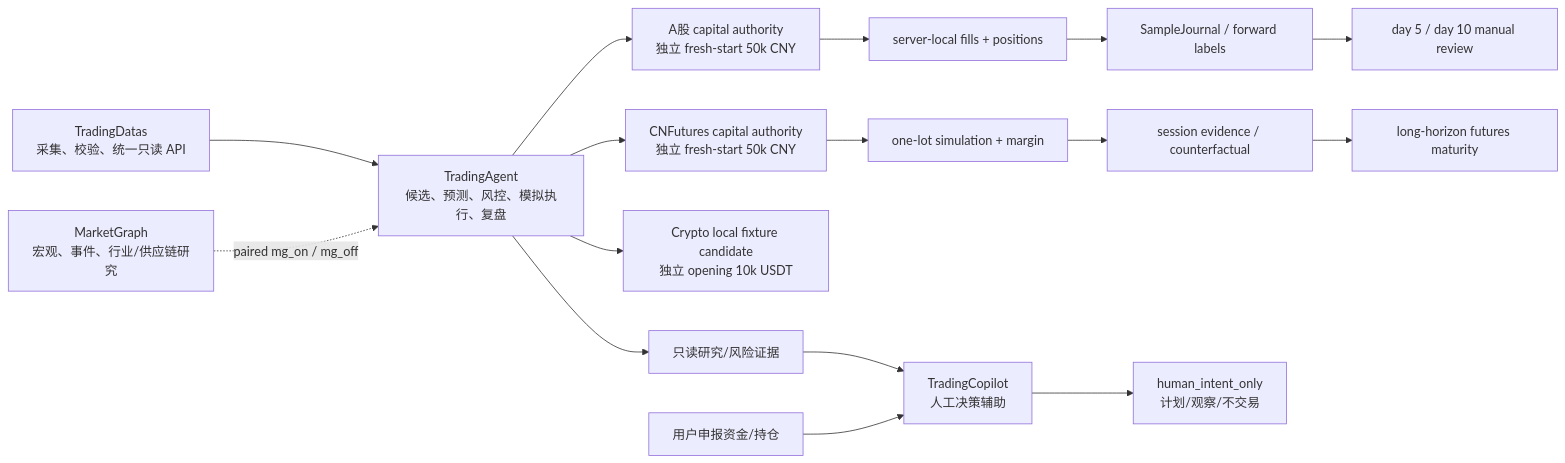
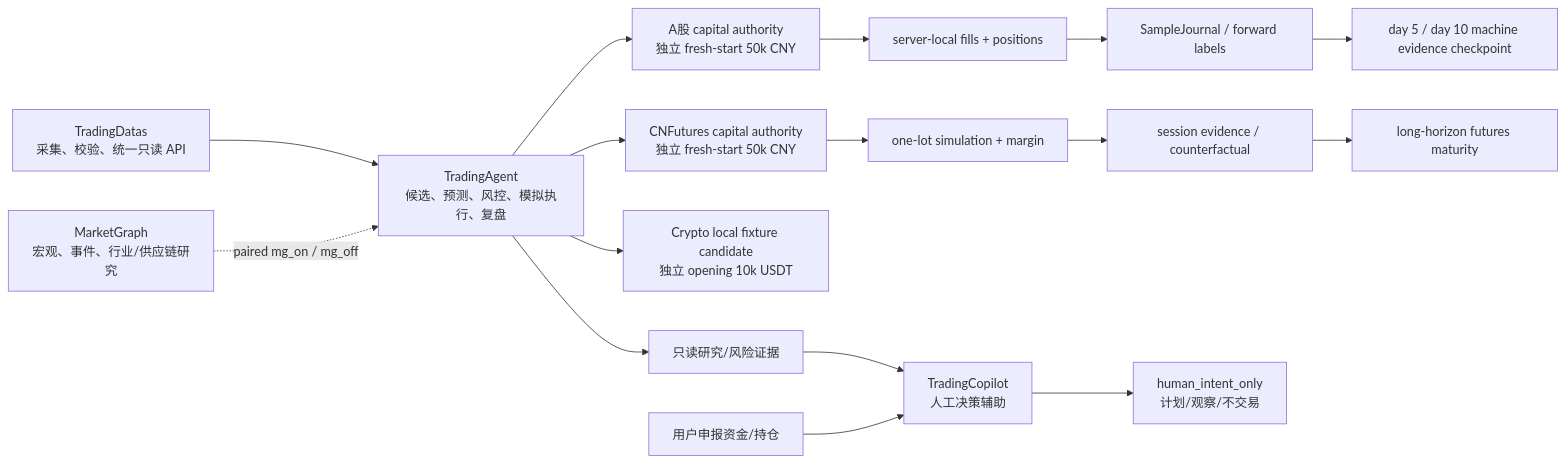
Before and after one commit to NicholasHan1226/Tradingagent.cc: the first of 5 diagrams in docs/architecture.md, drawn with Mermaid. The commit also changed other lines of this file and 2 other files, not shown here.

````diff
--- a/docs/architecture.md
+++ b/docs/architecture.md
@@ -17,18 +17,18 @@
 ```mermaid
 flowchart LR
     TD["TradingDatas\n采集、校验、统一只读 API"] --> TA["TradingAgent\n候选、预测、风控、模拟执行、复盘"]
     MG["MarketGraph\n宏观、事件、行业/供应链研究"] -. "paired mg_on / mg_off" .-> TA
     TA --> AC["A股 capital authority\n独立 fresh-start 50k CNY"]
     TA --> FC["CNFutures capital authority\n独立 fresh-start 50k CNY"]
     TA --> CC["Crypto local fixture candidate\n独立 opening 10k USDT"]
     AC --> AE["server-local fills + positions"]
     FC --> FE["one-lot simulation + margin"]
     AE --> SJ["SampleJournal / forward labels"]
     FE --> FS["session evidence / counterfactual"]
     TA --> RO["只读研究/风险证据"]
     RO --> TC["TradingCopilot\n人工决策辅助"]
     US["用户申报资金/持仓"] --> TC
     TC --> HI["human_intent_only\n计划/观察/不交易"]
-    SJ --> AM["day 5 / day 10 manual review"]
+    SJ --> AM["day 5 / day 10 machine evidence checkpoint"]
     FS --> FM["long-horizon futures maturity"]
 ```
````
